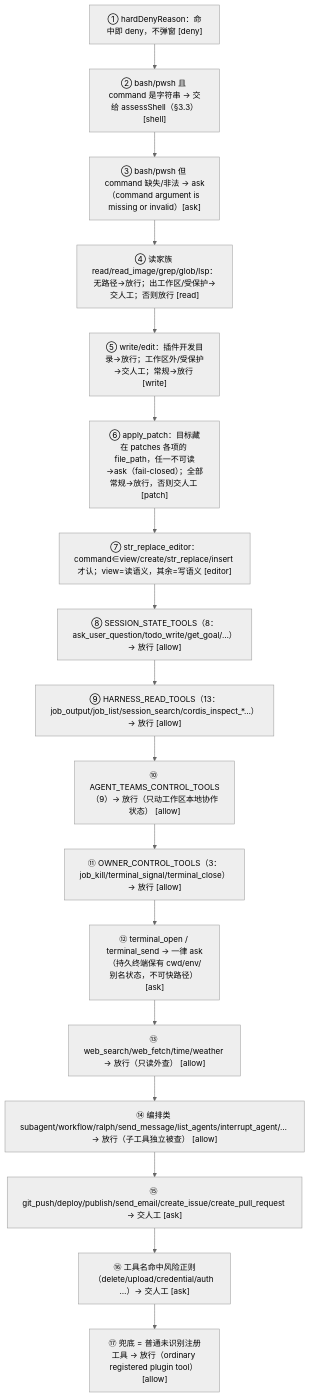
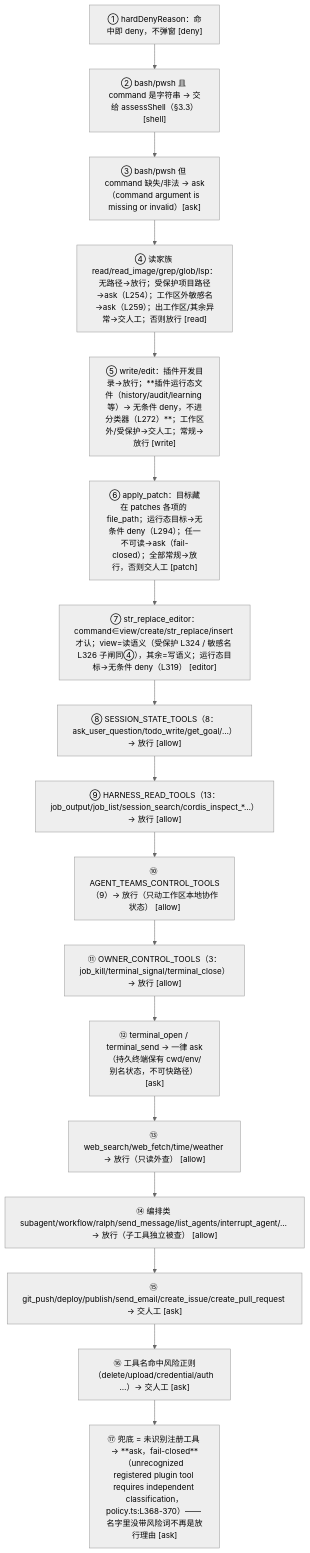
Before and after one commit to cuddly-guacamole/dsh-auto-approval-llm: the first of 3 diagrams in docs/03-static-engine.md, drawn with Mermaid (neutral theme). The commit also changed other lines of this file and 18 other files, not shown here.

````diff
--- a/docs/03-static-engine.md
+++ b/docs/03-static-engine.md
@@ -26,20 +28,20 @@
 ```mermaid
 flowchart TD
     A1["① hardDenyReason：命中即 deny，不弹窗 [deny]"]
     A1 --> A2["② bash/pwsh 且 command 是字符串 → 交给 assessShell（§3.3）[shell]"]
     A2 --> A3["③ bash/pwsh 但 command 缺失/非法 → ask（command argument is missing or invalid）[ask]"]
-    A3 --> A4["④ 读家族 read/read_image/grep/glob/lsp：无路径→放行；出工作区/受保护→交人工；否则放行 [read]"]
-    A4 --> A5["⑤ write/edit：插件开发目录→放行；工作区外/受保护→交人工；常规→放行 [write]"]
-    A5 --> A6["⑥ apply_patch：目标藏在 patches 各项的 file_path，任一不可读→ask（fail-closed）；全部常规→放行，否则交人工 [patch]"]
-    A6 --> A7["⑦ str_replace_editor：command∈view/create/str_replace/insert 才认；view=读语义，其余=写语义 [editor]"]
+    A3 --> A4["④ 读家族 read/read_image/grep/glob/lsp：无路径→放行；受保护项目路径→ask（L254）；工作区外敏感名→ask（L259）；出工作区/其余异常→交人工；否则放行 [read]"]
+    A4 --> A5["⑤ write/edit：插件开发目录→放行；**插件运行态文件（history/audit/learning 等）→ 无条件 deny，不进分类器（L272）**；工作区外/受保护→交人工；常规→放行 [write]"]
+    A5 --> A6["⑥ apply_patch：目标藏在 patches 各项的 file_path；运行态目标→无条件 deny（L294）；任一不可读→ask（fail-closed）；全部常规→放行，否则交人工 [patch]"]
+    A6 --> A7["⑦ str_replace_editor：command∈view/create/str_replace/insert 才认；view=读语义（受保护 L324 / 敏感名 L326 子闸同④），其余=写语义；运行态目标→无条件 deny（L319） [editor]"]
     A7 --> A8["⑧ SESSION_STATE_TOOLS（8：ask_user_question/todo_write/get_goal/…）→ 放行 [allow]"]
     A8 --> A9["⑨ HARNESS_READ_TOOLS（13：job_output/job_list/session_search/cordis_inspect_*…）→ 放行 [allow]"]
     A9 --> A10["⑩ AGENT_TEAMS_CONTROL_TOOLS（9）→ 放行（只动工作区本地协作状态） [allow]"]
     A10 --> A11["⑪ OWNER_CONTROL_TOOLS（3：job_kill/terminal_signal/terminal_close）→ 放行 [allow]"]
     A11 --> A12["⑫ terminal_open / terminal_send → 一律 ask（持久终端保有 cwd/env/别名状态，不可快路径） [ask]"]
     A12 --> A13["⑬ web_search/web_fetch/time/weather → 放行（只读外查） [allow]"]
     A13 --> A14["⑭ 编排类 subagent/workflow/ralph/send_message/list_agents/interrupt_agent/… → 放行（子工具独立被查） [allow]"]
     A14 --> A15["⑮ git_push/deploy/publish/send_email/create_issue/create_pull_request → 交人工 [ask]"]
     A15 --> A16["⑯ 工具名命中风险正则（delete/upload/credential/auth …）→ 交人工 [ask]"]
-    A16 --> A17["⑰ 兜底 = 普通未识别注册工具 → 放行（ordinary registered plugin tool） [allow]"]
+    A16 --> A17["⑰ 兜底 = 未识别注册工具 → **ask，fail-closed**（unrecognized registered plugin tool requires independent classification，<span class="lnum">policy.ts:L368-370</span>）—— 名字里没带风险词不再是放行理由 [ask]"]
 ```
````
